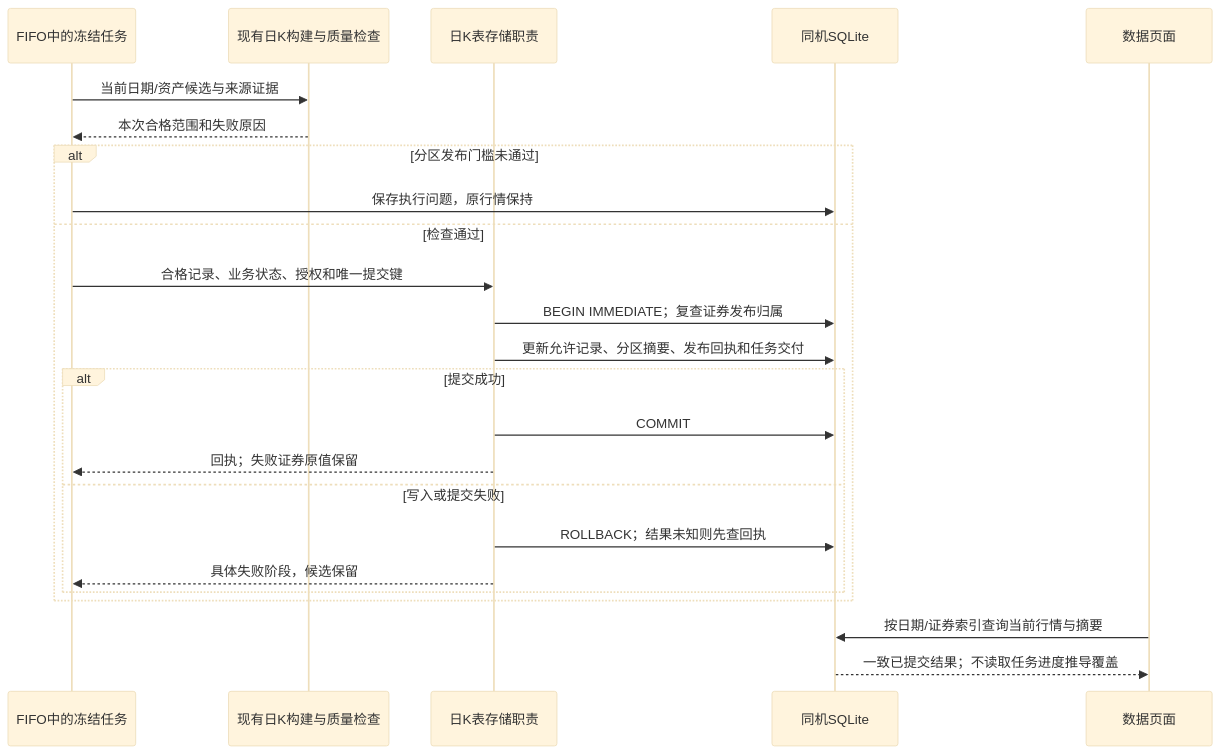
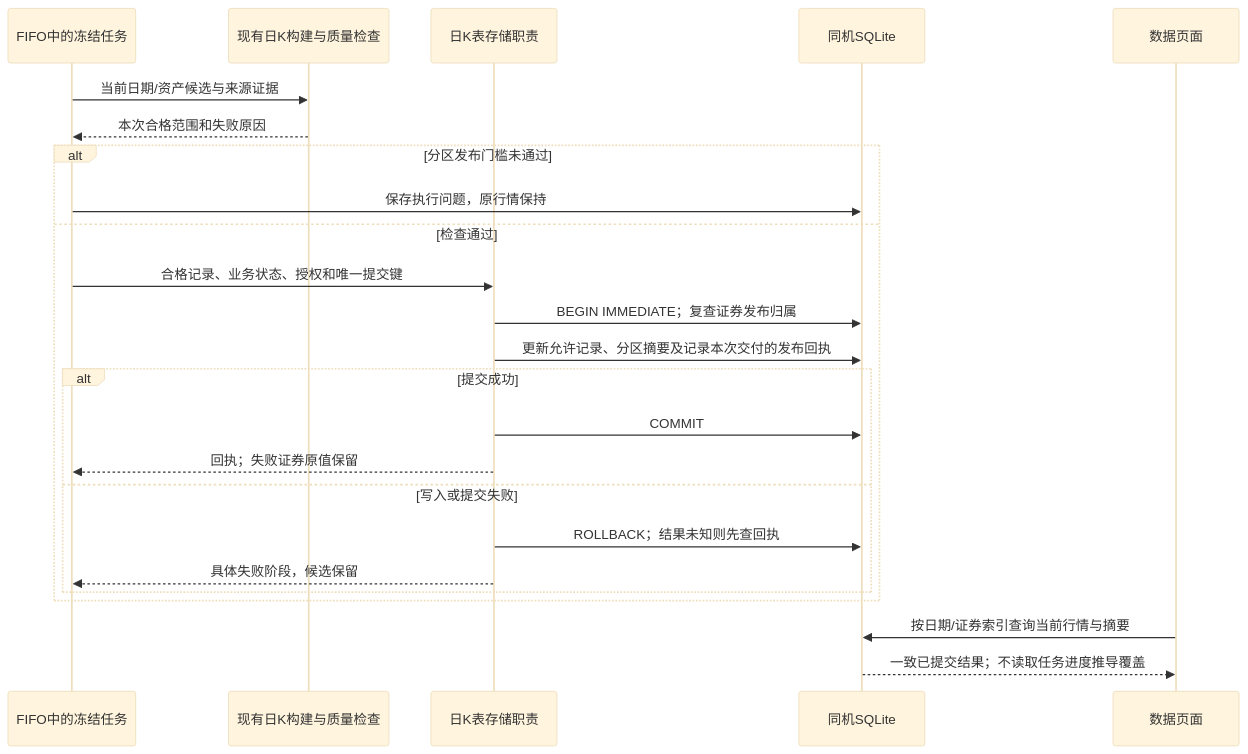
One commit to fewhg3yhjt/stock_data_manage changed the first of 12 diagrams in docs/pipeline/collection-tasks.md. Above: the diagram before and after it, drawn with Mermaid (base theme). The commit also changed other lines of this file and 30 other files, not shown here.

````diff
--- a/docs/pipeline/collection-tasks.md
+++ b/docs/pipeline/collection-tasks.md
@@ -7,26 +7,26 @@
 ```mermaid
 sequenceDiagram
     participant Run as FIFO中的冻结任务
     participant Build as 现有日K构建与质量检查
     participant Store as 日K表存储职责
     participant DB as 同机SQLite
     participant UI as 数据页面
     Run->>Build: 当前日期/资产候选与来源证据
     Build-->>Run: 本次合格范围和失败原因
     alt 分区发布门槛未通过
         Run->>DB: 保存执行问题，原行情保持
     else 检查通过
         Run->>Store: 合格记录、业务状态、授权和唯一提交键
         Store->>DB: BEGIN IMMEDIATE；复查证券发布归属
-        Store->>DB: 更新允许记录、分区摘要、发布回执和任务交付
+        Store->>DB: 更新允许记录、分区摘要及记录本次交付的发布回执
         alt 提交成功
             Store->>DB: COMMIT
             Store-->>Run: 回执；失败证券原值保留
         else 写入或提交失败
             Store->>DB: ROLLBACK；结果未知则先查回执
             Store-->>Run: 具体失败阶段，候选保留
         end
     end
     UI->>DB: 按日期/证券索引查询当前行情与摘要
     DB-->>UI: 一致已提交结果；不读取任务进度推导覆盖
 ```
````
